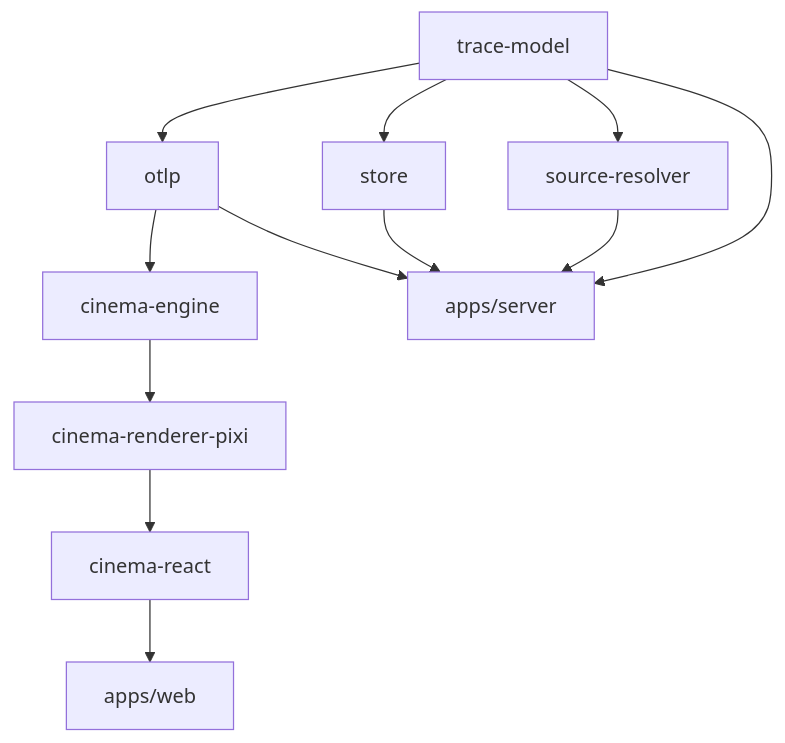
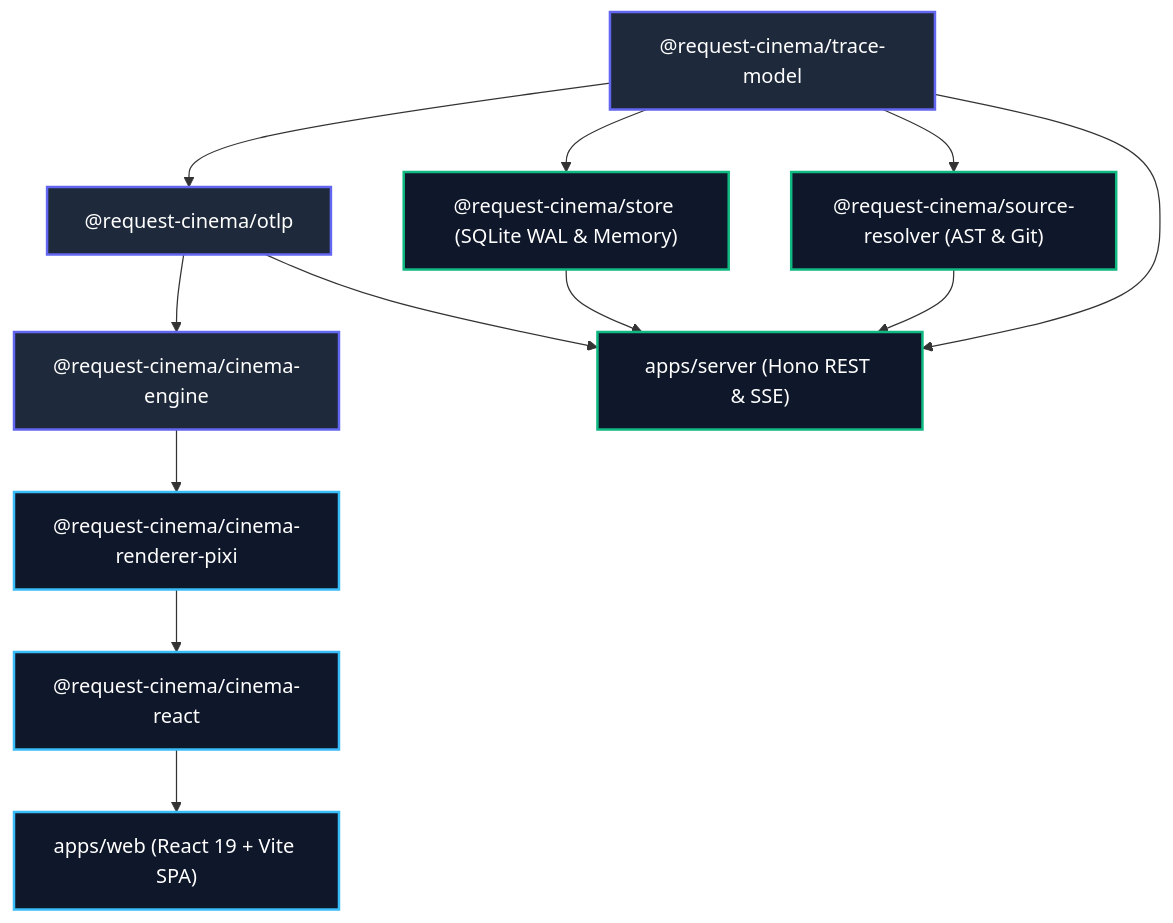
One commit to almas-codes/request-cinema changed the diagram in README.md. Above: the diagram before and after it, drawn with Mermaid. The commit also changed other lines of this file and 5 other files, not shown here.

````diff
--- a/README.md
+++ b/README.md
@@ -100,16 +202,20 @@
 ```mermaid
 graph TD
-    A[trace-model] --> B[otlp]
-    B --> C[cinema-engine]
-    C --> D[cinema-renderer-pixi]
-    D --> E[cinema-react]
-    E --> F[apps/web]
-    
-    A --> G[store]
-    A --> H[source-resolver]
-    
-    B --> I[apps/server]
+    classDef core fill:#1e293b,stroke:#6366f1,stroke-width:2px,color:#fff;
+    classDef ui fill:#0f172a,stroke:#38bdf8,stroke-width:2px,color:#fff;
+    classDef server fill:#0f172a,stroke:#10b981,stroke-width:2px,color:#fff;
+
+    A["@request-cinema/trace-model"]:::core --> B["@request-cinema/otlp"]:::core
+    B --> C["@request-cinema/cinema-engine"]:::core
+    C --> D["@request-cinema/cinema-renderer-pixi"]:::ui
+    D --> E["@request-cinema/cinema-react"]:::ui
+    E --> F["apps/web (React 19 + Vite SPA)"]:::ui
+
+    A --> G["@request-cinema/store (SQLite WAL & Memory)"]:::server
+    A --> H["@request-cinema/source-resolver (AST & Git)"]:::server
+
+    B --> I["apps/server (Hono REST & SSE)"]:::server
     G --> I
     H --> I
     A --> I
 ```
````
